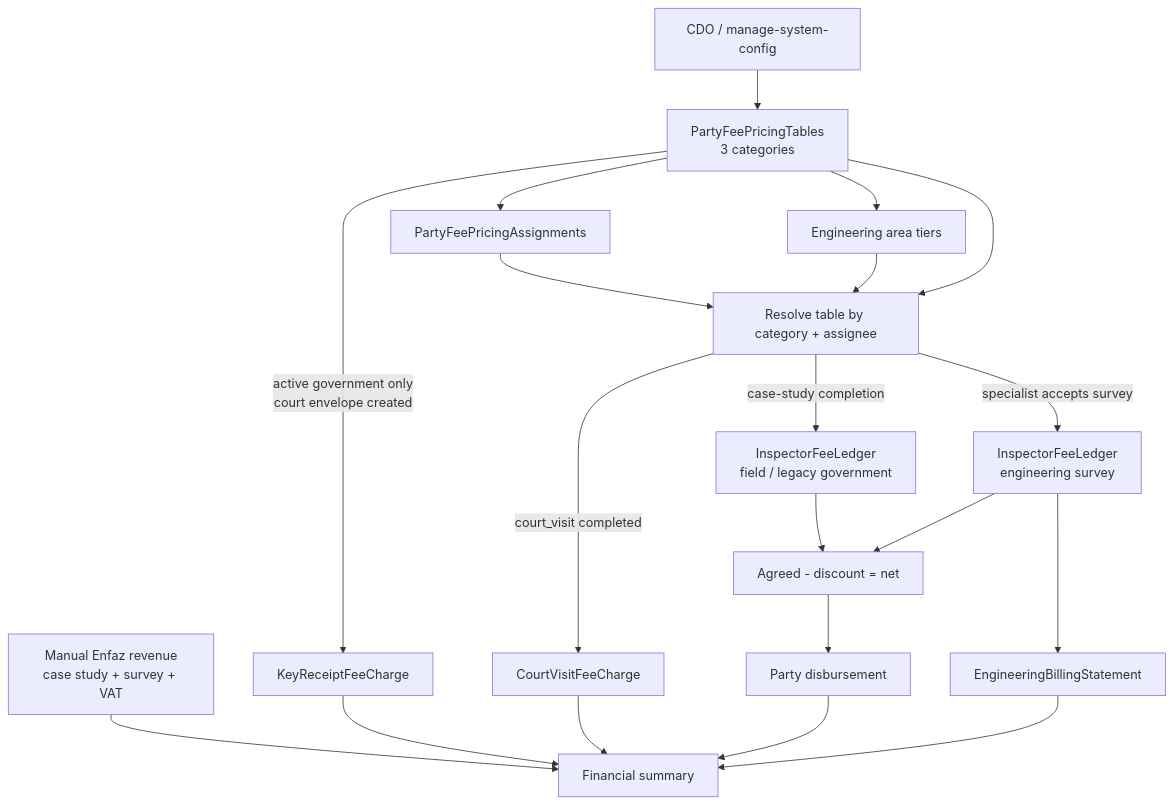
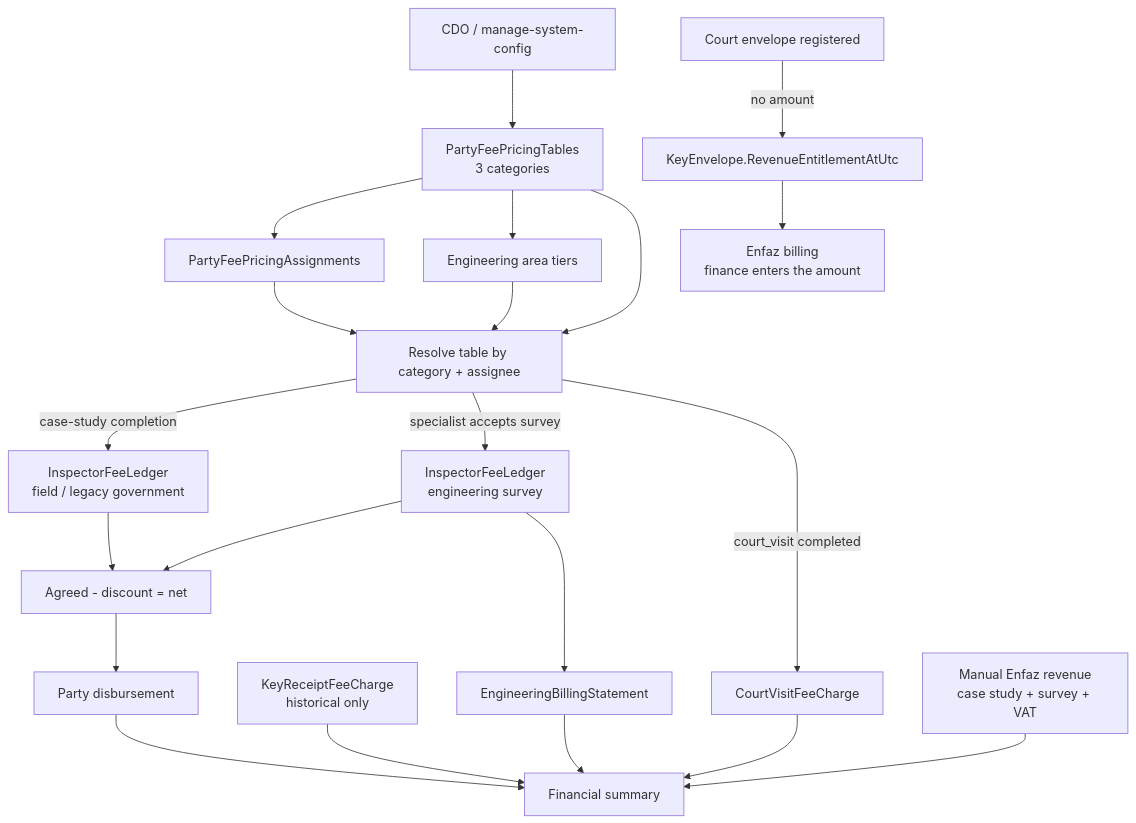
The diagram in docs/pricing-logic.md (BuadDigital/case_study), drawn with Mermaid before and after one commit. The commit also changed other lines of this file and 598 other files, not shown here.

````diff
--- a/docs/pricing-logic.md
+++ b/docs/pricing-logic.md
@@ -887,26 +976,28 @@
 ```mermaid
 flowchart TB
   ADMIN["CDO / manage-system-config"] --> TABLES["PartyFeePricingTables<br/>3 categories"]
   TABLES --> ASSIGN["PartyFeePricingAssignments"]
   TABLES --> TIERS["Engineering area tiers"]
 
   ASSIGN --> RESOLVE["Resolve table by category + assignee"]
   TIERS --> RESOLVE
   TABLES --> RESOLVE
 
   RESOLVE -->|case-study completion| LEDGER["InspectorFeeLedger<br/>field / legacy government"]
   RESOLVE -->|specialist accepts survey| ENGLEDGER["InspectorFeeLedger<br/>engineering survey"]
   RESOLVE -->|court_visit completed| VISIT["CourtVisitFeeCharge"]
-  TABLES -->|active government only<br/>court envelope created| KEY["KeyReceiptFeeCharge"]
+  ENVELOPE["Court envelope registered"] -->|no amount| ENTITLE["KeyEnvelope.RevenueEntitlementAtUtc"]
+  ENTITLE --> ENFBILL["Enfaz billing<br/>finance enters the amount"]
+  KEY["KeyReceiptFeeCharge<br/>historical only"]
 
   LEDGER --> NET["Agreed - discount = net"]
   ENGLEDGER --> NET
   NET --> DISB["Party disbursement"]
   ENGLEDGER --> STMT["EngineeringBillingStatement"]
 
   ENFAZ["Manual Enfaz revenue<br/>case study + survey + VAT"] --> SUMMARY["Financial summary"]
   KEY --> SUMMARY
   VISIT --> SUMMARY
   DISB --> SUMMARY
   STMT --> SUMMARY
 ```
````
